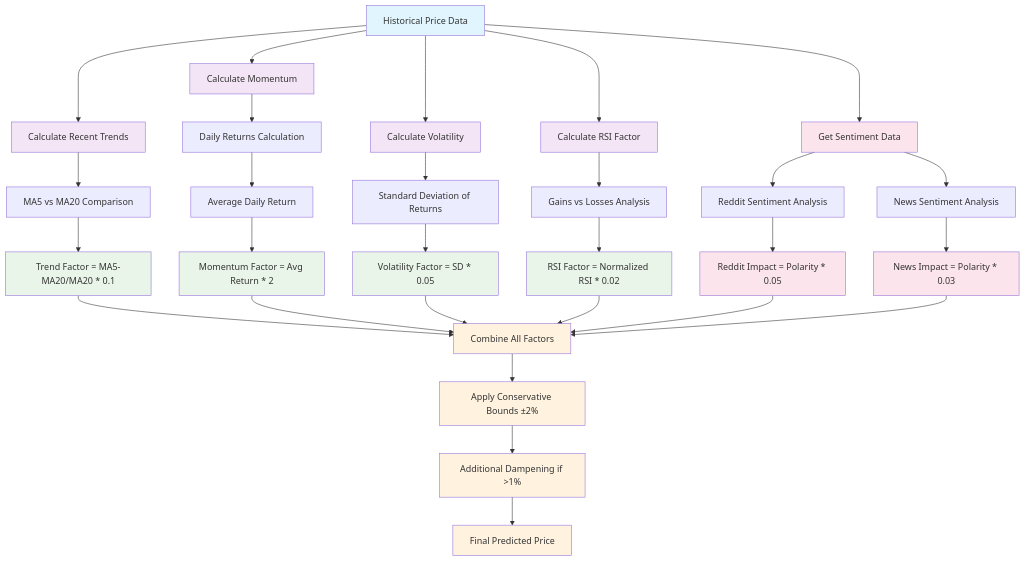
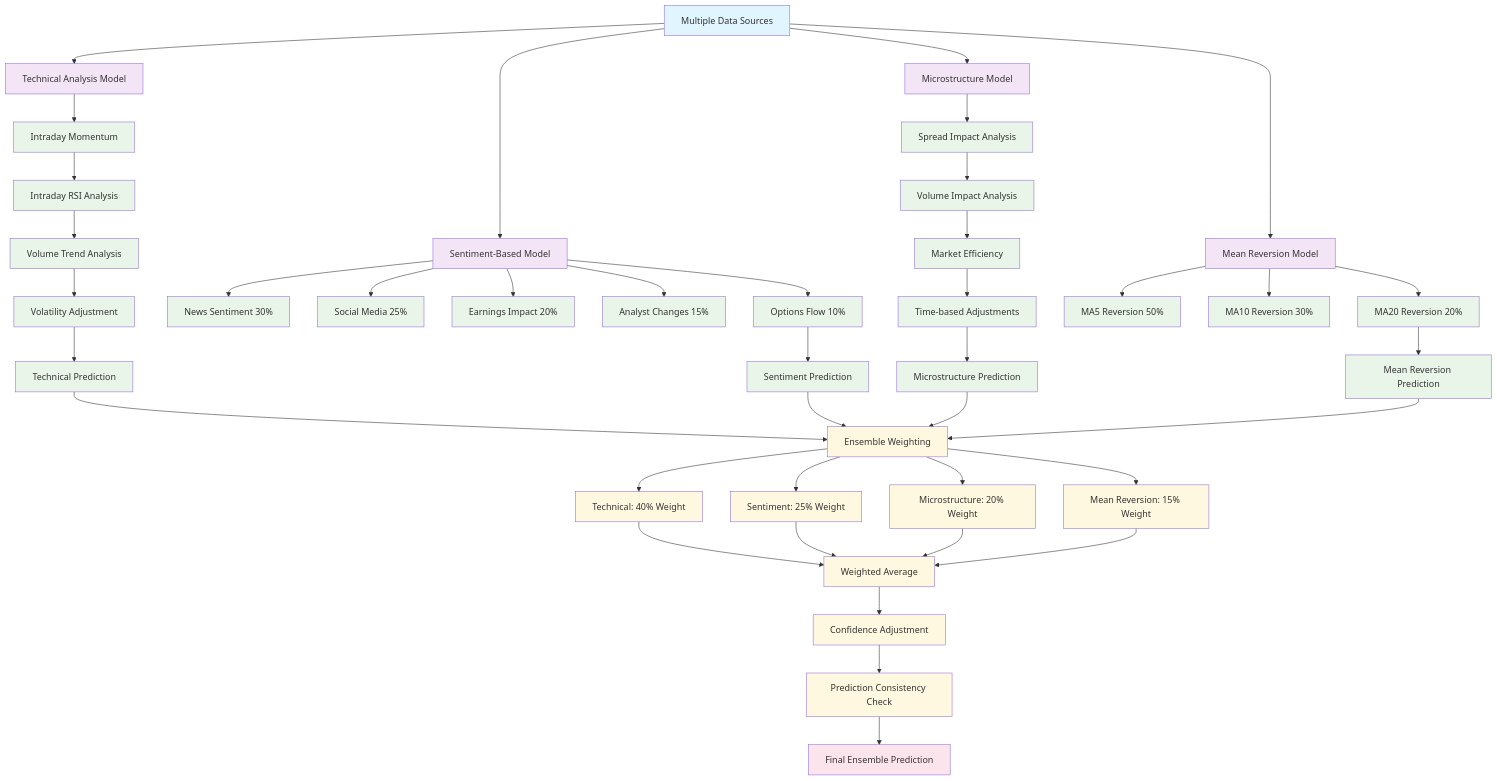
Before and after one commit to jeremygonsalves/price-predictor-stocks: the fourth of 7 diagrams in LSTM-model.md, drawn with Mermaid. The commit also changed other lines of this file and 8 other files, not shown here.

````diff
--- a/LSTM-model.md
+++ b/LSTM-model.md
@@ -203,50 +245,62 @@
 ```mermaid
 flowchart TD
-    A[Historical Price Data] --> B[Calculate Recent Trends]
-    A --> C[Calculate Momentum]
-    A --> D[Calculate Volatility]
-    A --> E[Calculate RSI Factor]
-    A --> F[Get Sentiment Data]
+    A[Multiple Data Sources] --> B[Technical Analysis Model]
+    A --> C[Sentiment-Based Model]
+    A --> D[Microstructure Model]
+    A --> E[Mean Reversion Model]
     
-    B --> B1[MA5 vs MA20 Comparison]
-    B1 --> B2["Trend Factor = MA5-MA20/MA20 * 0.1"]
+    B --> B1[Intraday Momentum]
+    B1 --> B2[Intraday RSI Analysis]
+    B2 --> B3[Volume Trend Analysis]
+    B3 --> B4[Volatility Adjustment]
+    B4 --> B5[Technical Prediction]
     
-    C --> C1[Daily Returns Calculation]
-    C1 --> C2[Average Daily Return]
-    C2 --> C3["Momentum Factor = Avg Return * 2"]
+    C --> C1[News Sentiment 30%]
+    C --> C2[Social Media 25%]
+    C --> C3[Earnings Impact 20%]
+    C --> C4[Analyst Changes 15%]
+    C --> C5[Options Flow 10%]
+    C5 --> C6[Sentiment Prediction]
     
-    D --> D1[Standard Deviation of Returns]
-    D1 --> D2["Volatility Factor = SD * 0.05"]
+    D --> D1[Spread Impact Analysis]
+    D1 --> D2[Volume Impact Analysis]
+    D2 --> D3[Market Efficiency]
+    D3 --> D4[Time-based Adjustments]
+    D4 --> D5[Microstructure Prediction]
     
-    E --> E1[Gains vs Losses Analysis]
-    E1 --> E2["RSI Factor = Normalized RSI * 0.02"]
+    E --> E1[MA5 Reversion 50%]
+    E --> E2[MA10 Reversion 30%]
+    E --> E3[MA20 Reversion 20%]
+    E3 --> E4[Mean Reversion Prediction]
     
-    F --> F1[Reddit Sentiment Analysis]
-    F --> F2[News Sentiment Analysis]
-    F1 --> F3["Reddit Impact = Polarity * 0.05"]
-    F2 --> F4["News Impact = Polarity * 0.03"]
+    B5 --> F[Ensemble Weighting]
+    C6 --> F
+    D5 --> F
+    E4 --> F
     
-    B2 --> G[Combine All Factors]
-    C3 --> G
-    D2 --> G
-    E2 --> G
+    F --> F1[Technical: 40% Weight]
+    F --> F2[Sentiment: 25% Weight]
+    F --> F3[Microstructure: 20% Weight]
+    F --> F4[Mean Reversion: 15% Weight]
+    
+    F1 --> G[Weighted Average]
+    F2 --> G
     F3 --> G
     F4 --> G
     
-    G --> H[Apply Conservative Bounds ±2%]
-    H --> I[Additional Dampening if >1%]
-    I --> J[Final Predicted Price]
+    G --> H[Confidence Adjustment]
+    H --> I[Prediction Consistency Check]
+    I --> J[Final Ensemble Prediction]
     
     classDef input fill:#e1f5fe
-    classDef calculation fill:#f3e5f5
-    classDef factor fill:#e8f5e8
-    classDef sentiment fill:#fce4ec
-    classDef result fill:#fff3e0
+    classDef model fill:#f3e5f5
+    classDef calculation fill:#e8f5e8
+    classDef ensemble fill:#fff8e1
+    classDef result fill:#fce4ec
     
     class A input
-    class B,C,D,E calculation
-    class F sentiment
-    class B2,C3,D2,E2 factor
-    class F3,F4 sentiment
-    class G,H,I,J result
+    class B,C,D,E model
+    class B1,B2,B3,B4,B5,C1,C2,C3,C4,C5,C6,D1,D2,D3,D4,D5,E1,E2,E3,E4 calculation
+    class F,F1,F2,F3,F4,G,H,I ensemble
+    class J result
 ```
````
